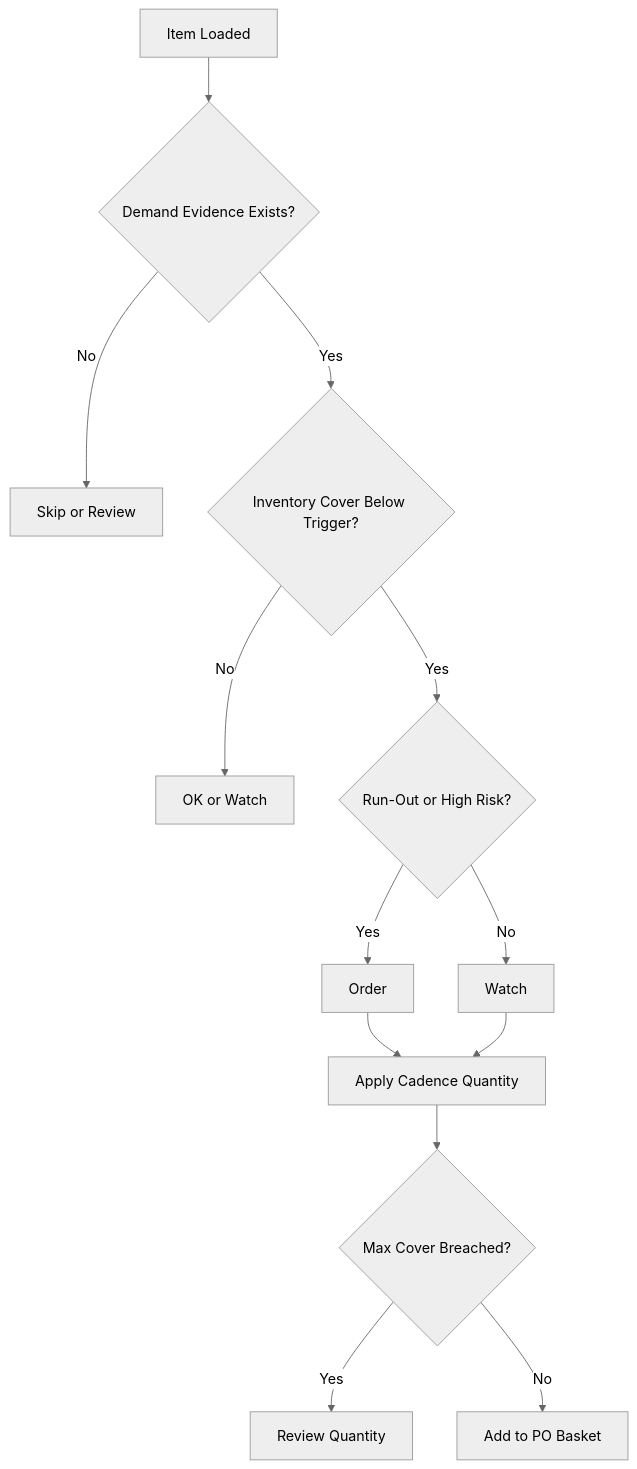
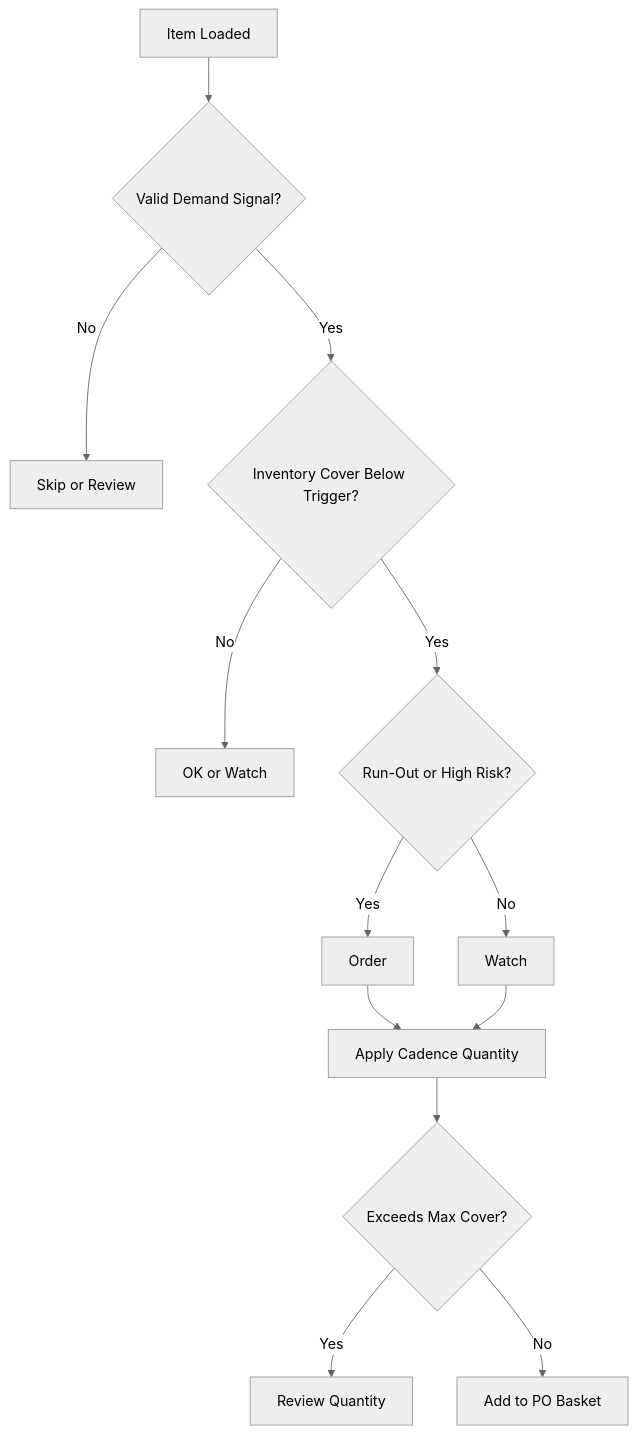
One commit to shahgem/PO-Decision-Engine changed the first of 2 diagrams in README.md. Above: the diagram before and after it, drawn with Mermaid (neutral theme). The commit also changed other lines of this file, not shown here.

````diff
--- a/README.md
+++ b/README.md
@@ -282,15 +321,15 @@
 ```mermaid
 flowchart TD
-    A[Item Loaded] --> B{Demand Evidence Exists?}
+    A[Item Loaded] --> B{Valid Demand Signal?}
     B -->|No| C[Skip or Review]
     B -->|Yes| D{Inventory Cover Below Trigger?}
     D -->|No| E[OK or Watch]
     D -->|Yes| F{Run-Out or High Risk?}
     F -->|Yes| G[Order]
     F -->|No| H[Watch]
     G --> I[Apply Cadence Quantity]
     H --> I
-    I --> J{Max Cover Breached?}
+    I --> J{Exceeds Max Cover?}
     J -->|Yes| K[Review Quantity]
     J -->|No| L[Add to PO Basket]
 ```
````
